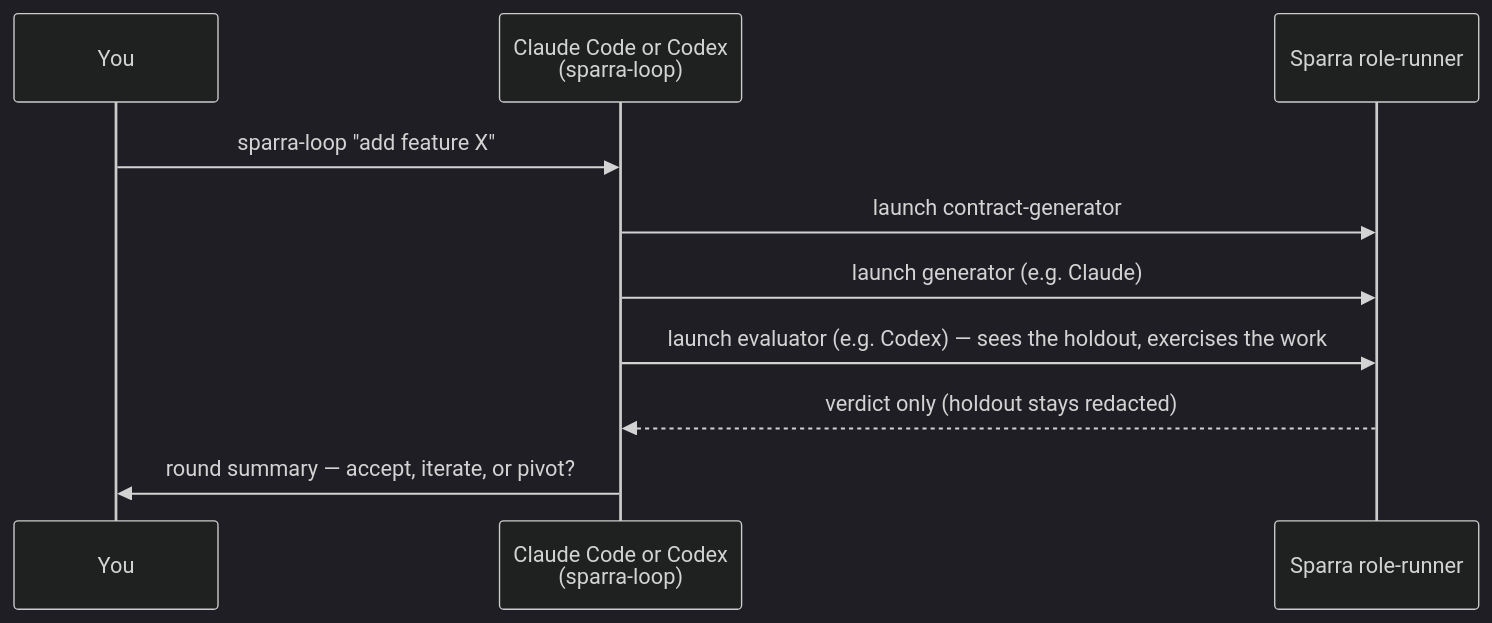
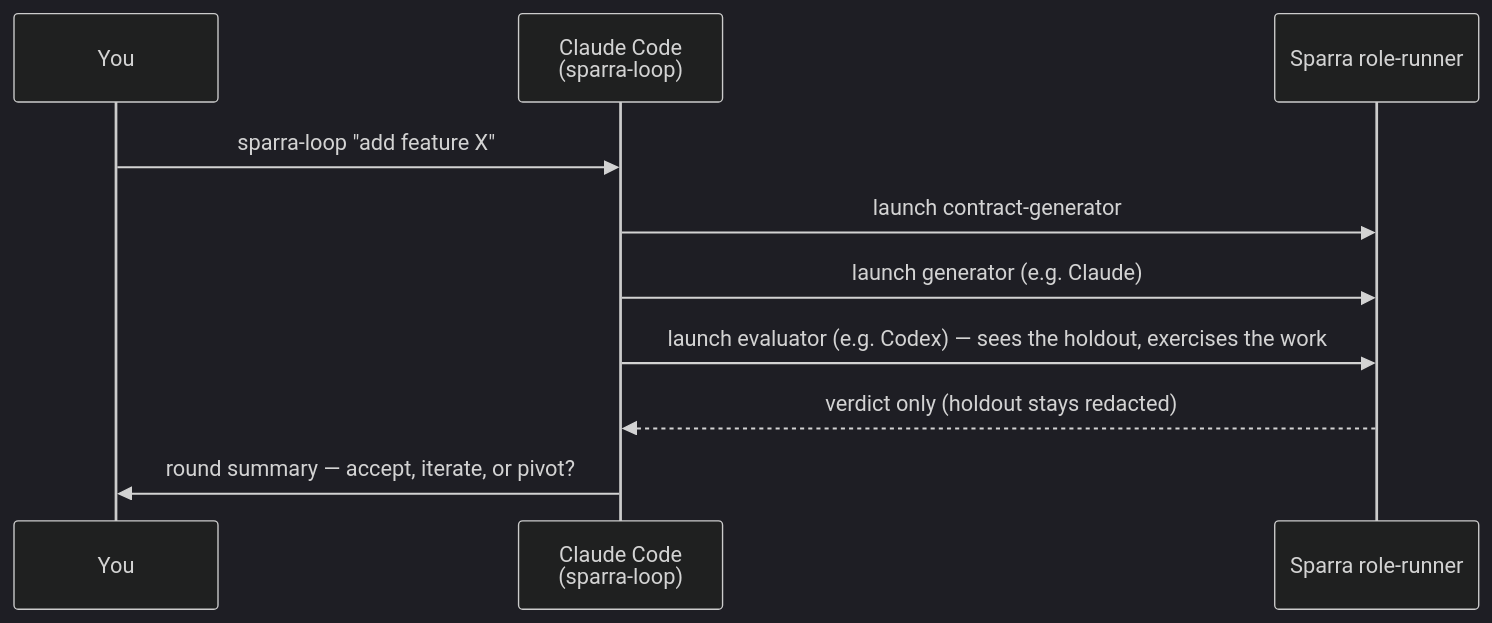
Before and after one commit to KristopherGBaker/Sparra: the second of 3 diagrams in README.md, drawn with Mermaid (dark theme). The commit also changed other lines of this file and 1 other file, not shown here.

First line of the commit message:
docs: demote Codex-as-conductor to experimental/WIP

````diff
--- a/README.md
+++ b/README.md
@@ -65,12 +48,12 @@
 ```mermaid
 sequenceDiagram
     participant You
-    participant CC as Claude Code or Codex<br>(sparra-loop)
+    participant CC as Claude Code<br>(sparra-loop)
     participant R as Sparra role-runner
     You->>CC: sparra-loop "add feature X"
     CC->>R: launch contract-generator
     CC->>R: launch generator (e.g. Claude)
     CC->>R: launch evaluator (e.g. Codex) — sees the holdout, exercises the work
     R-->>CC: verdict only (holdout stays redacted)
     CC->>You: round summary — accept, iterate, or pivot?
 ```
````
